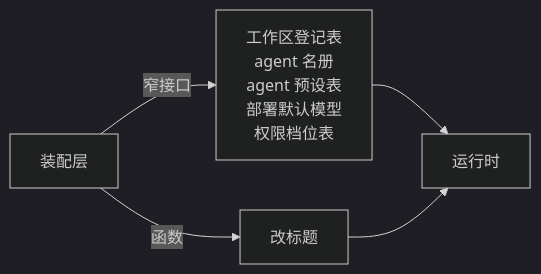
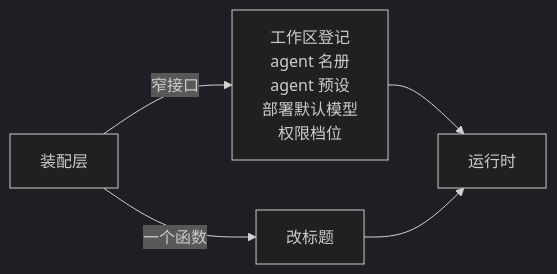
One commit to snight1983/ds-harness-go changed diagram 30 of 49 in docs/modules/webhook.md. Above: the diagram before and after it, drawn with Mermaid (dark theme). The commit also changed other lines of this file and 43 other files, not shown here.

Commit message:
docs: 图解架构与模块设计

````diff
--- a/docs/modules/webhook.md
+++ b/docs/modules/webhook.md
@@ -167,7 +341,7 @@
 ```mermaid
 flowchart LR
-    ASM["装配层"] -->|"窄接口"| I["工作区登记表<br/>agent 名册<br/>agent 预设表<br/>部署默认模型<br/>权限档位表"]
-    ASM -->|"函数"| F["改标题"]
+    ASM["装配层"] -->|"窄接口"| I["工作区登记<br/>agent 名册<br/>agent 预设<br/>部署默认模型<br/>权限档位"]
+    ASM -->|"一个函数"| F["改标题"]
     I --> RT["运行时"]
     F --> RT
 ```
````
